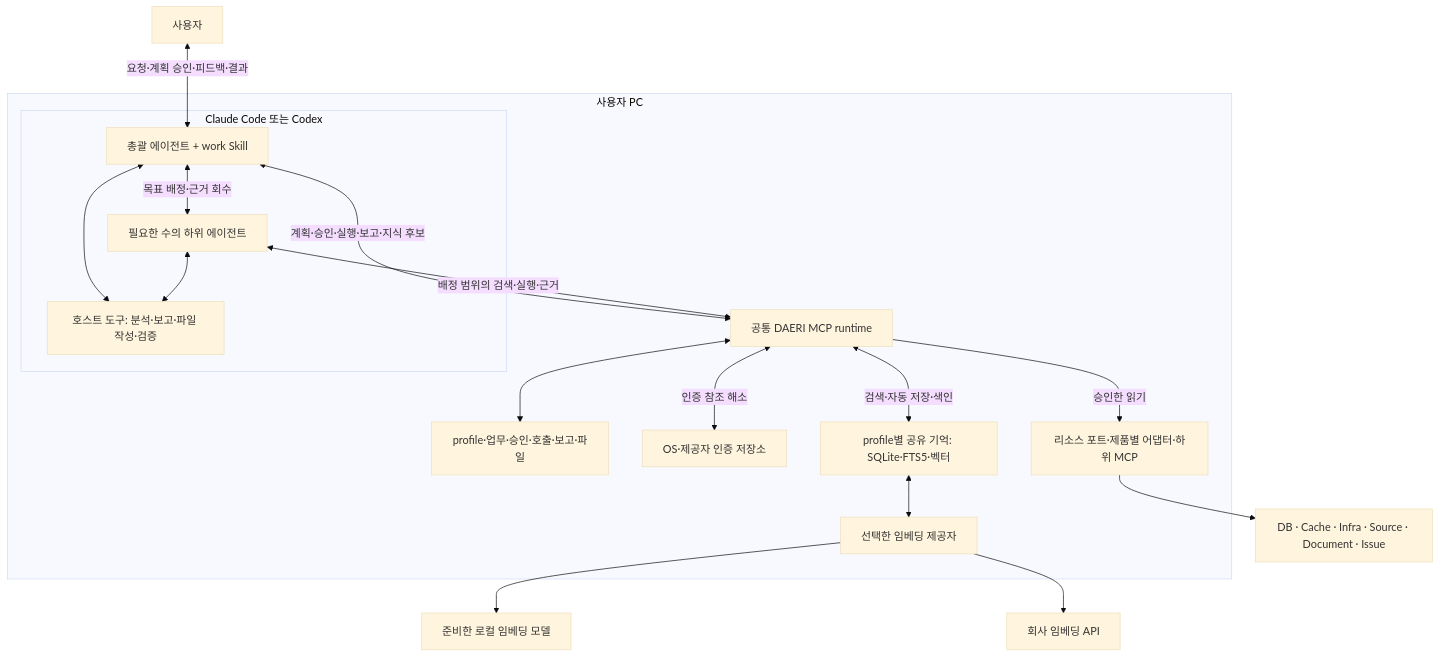
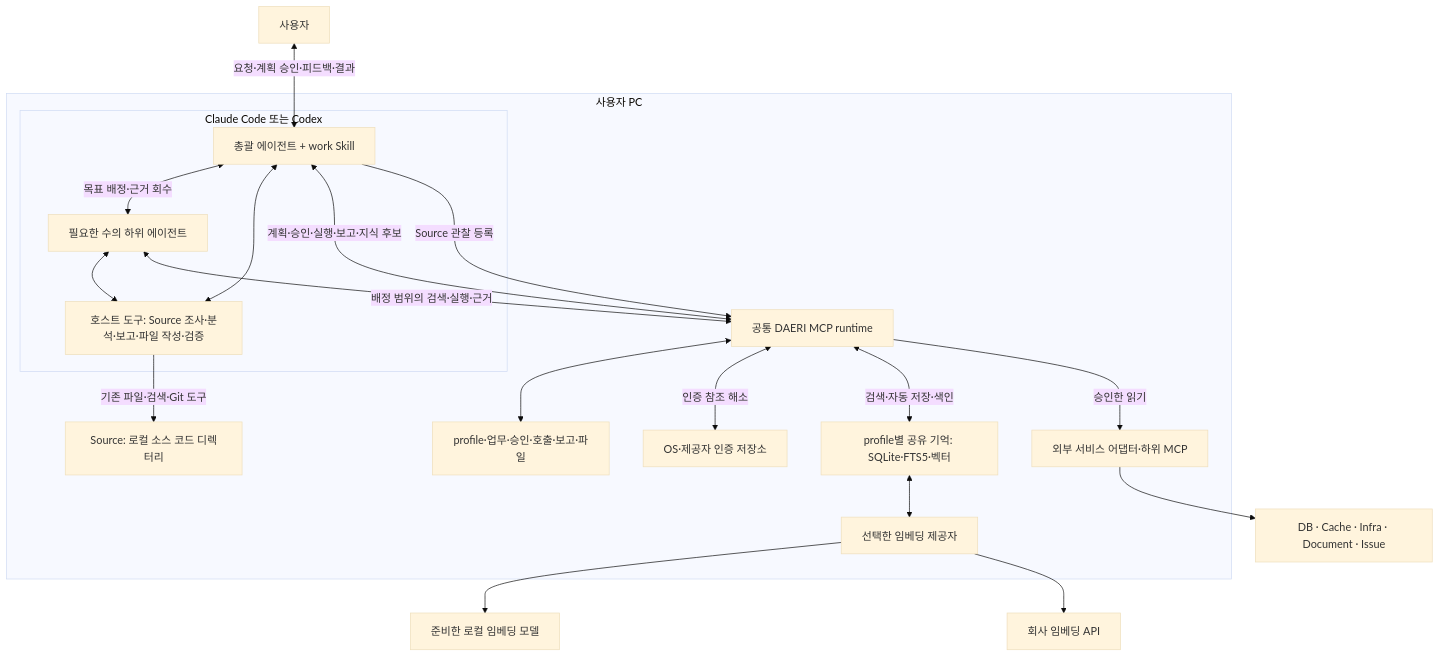
Before and after one commit to VVoodyHong/DAERI: the diagram in docs/architecture/overview.md, drawn with Mermaid (base theme). The commit also changed other lines of this file and 59 other files, not shown here.

````diff
--- a/docs/architecture/overview.md
+++ b/docs/architecture/overview.md
@@ -30,31 +30,34 @@
 ```mermaid
 flowchart TB
     U[사용자]
     subgraph PC[사용자 PC]
         subgraph Host[Claude Code 또는 Codex]
             H[총괄 에이전트 + work Skill]
             W[필요한 수의 하위 에이전트]
-            T[호스트 도구: 분석·보고·파일 작성·검증]
+            T[호스트 도구: Source 조사·분석·보고·파일 작성·검증]
             H <-->|목표 배정·근거 회수| W
             H <--> T
             W <--> T
         end
         D[공통 DAERI MCP runtime]
         S[profile·업무·승인·호출·보고·파일]
         C[OS·제공자 인증 저장소]
         M[profile별 공유 기억: SQLite·FTS5·벡터]
         E[선택한 임베딩 제공자]
-        A[리소스 포트·제품별 어댑터·하위 MCP]
+        A[외부 서비스 어댑터·하위 MCP]
+        LS[Source: 로컬 소스 코드 디렉터리]
         H <-->|계획·승인·실행·보고·지식 후보| D
         W <-->|배정 범위의 검색·실행·근거| D
         D <--> S
         D <-->|인증 참조 해소| C
         D <-->|검색·자동 저장·색인| M
         M <--> E
         D -->|승인한 읽기| A
+        T -->|기존 파일·검색·Git 도구| LS
+        H -->|Source 관찰 등록| D
     end
     U <-->|요청·계획 승인·피드백·결과| H
-    A --> R[DB · Cache · Infra · Source · Document · Issue]
+    A --> R[DB · Cache · Infra · Document · Issue]
     E --> L[준비한 로컬 임베딩 모델]
     E --> API[회사 임베딩 API]
 ```
````
